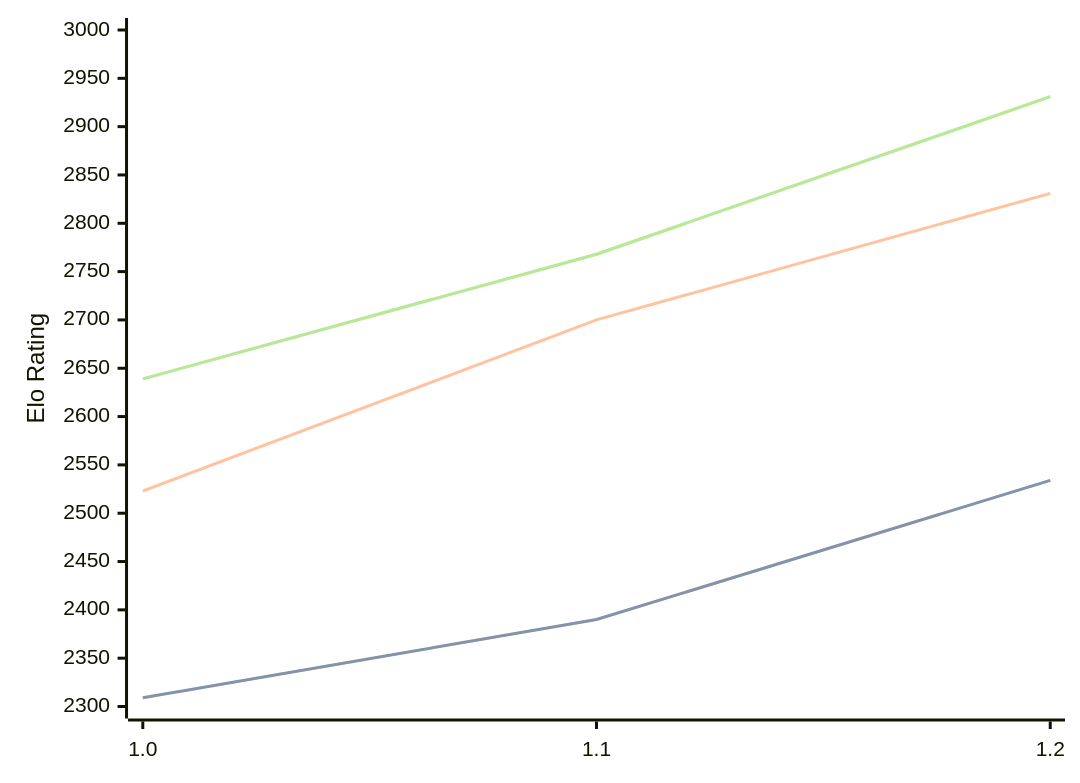
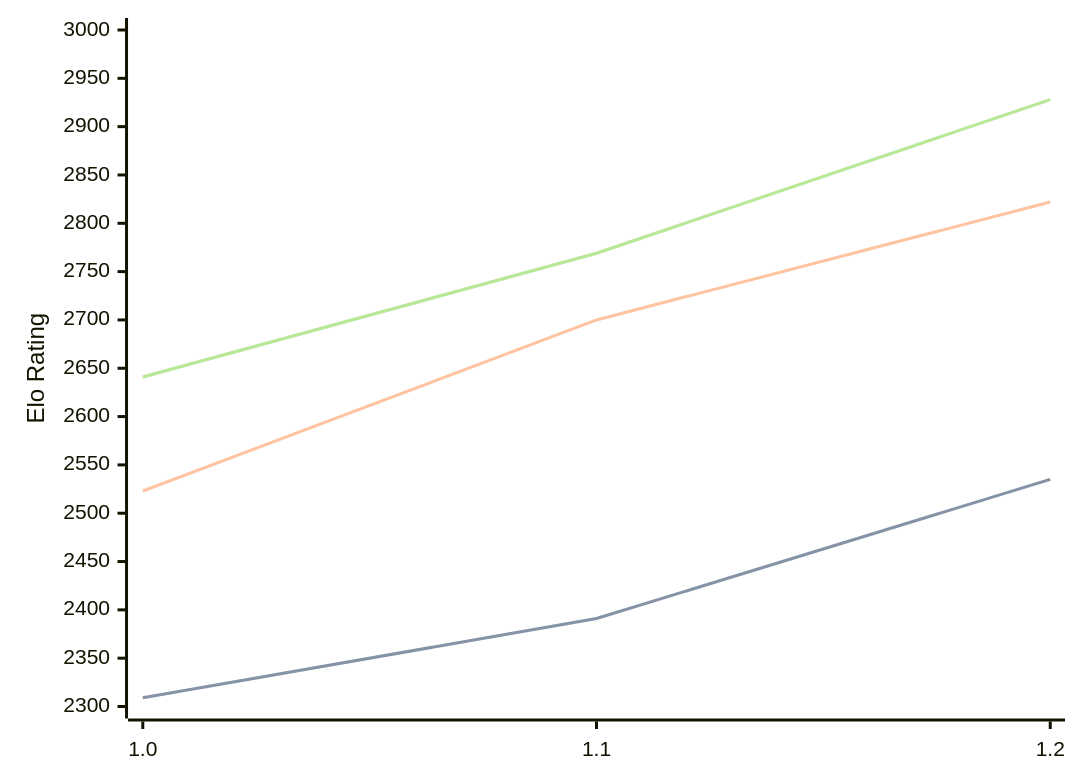
One commit to computer-chess-index/cci changed the third of 3 diagrams in engines/FoxChess.md. Above: the diagram before and after it, drawn with Mermaid. The commit also changed other lines of this file, not shown here.

Commit message:
Update CCI Ratings (ELO VLTC) - 2026-07-08

````diff
--- a/engines/FoxChess.md
+++ b/engines/FoxChess.md
@@ -66,11 +66,11 @@
 ```mermaid
 %%{init: {"theme":"base","themeVariables":{"seriesColors:['#a3a3a3','#222221','#faa371']}}}%%
 xychart-beta
   x-axis ["1.0", "1.1", "1.2"]
   y-axis "Elo Rating" 2300 --> 3000
-  line "STC (8.0+0.08s)" [2309, 2390, 2534]
-  line "STC (8.0+0.08s)" [2309, 2390, 2534]
-  line "LTC (60.0+0.60s)" [2523, 2700, 2831]
-  line "VLTC (2m24s+1.12s)" [2639, 2768, 2931]
-  line "VLTC (2m24s+1.12s)" [2639, 2768, 2931]
+  line "STC (8.0+0.08s)" [2309, 2391, 2535]
+  line "STC (8.0+0.08s)" [2309, 2391, 2535]
+  line "LTC (60.0+0.60s)" [2523, 2700, 2822]
+  line "VLTC (2m24s+1.12s)" [2641, 2769, 2928]
+  line "VLTC (2m24s+1.12s)" [2641, 2769, 2928]
 ```
````
